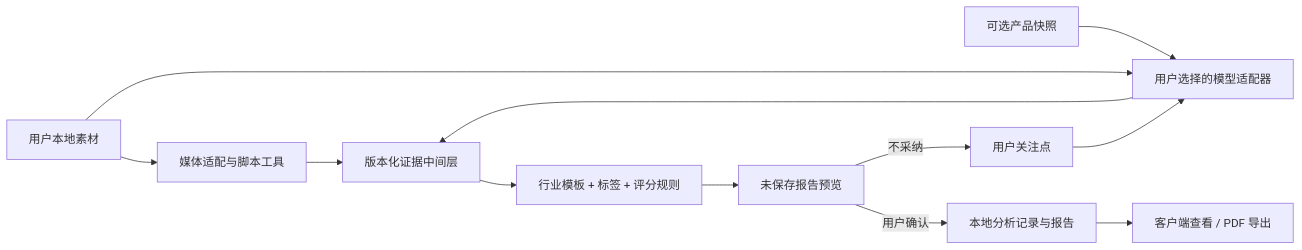
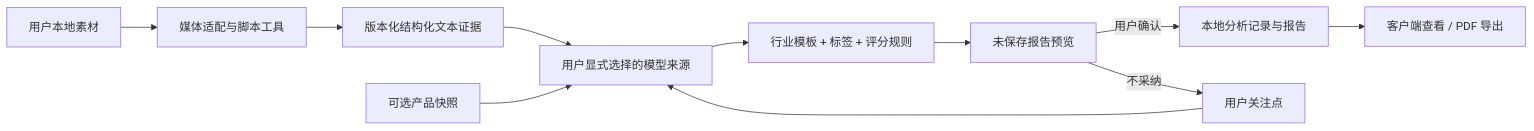
One commit to wzhic/material changed the sixth of 6 diagrams in docs/requirements/单素材分析-REQ-0005/单素材分析-REQ-0005-v1.0.md. Above: the diagram before and after it, drawn with Mermaid. The commit also changed other lines of this file and 70 other files, not shown here.

````diff
--- a/docs/requirements/单素材分析-REQ-0005/单素材分析-REQ-0005-v1.0.md
+++ b/docs/requirements/单素材分析-REQ-0005/单素材分析-REQ-0005-v1.0.md
@@ -592,14 +594,13 @@
 ```mermaid
 flowchart LR
     F[用户本地素材] --> M[媒体适配与脚本工具]
-    F --> V[用户选择的模型适配器]
+    M --> E[版本化结构化文本证据]
     P[可选产品快照] --> V
     U[用户关注点] --> V
-    M --> E[版本化证据中间层]
-    V --> E
-    E --> G[行业模板 + 标签 + 评分规则]
+    E --> V[用户显式选择的模型来源]
+    V --> G[行业模板 + 标签 + 评分规则]
     G --> R[未保存报告预览]
     R -->|用户确认| D[本地分析记录与报告]
     R -->|不采纳| U
     D --> X[客户端查看 / PDF 导出]
 ```
````
